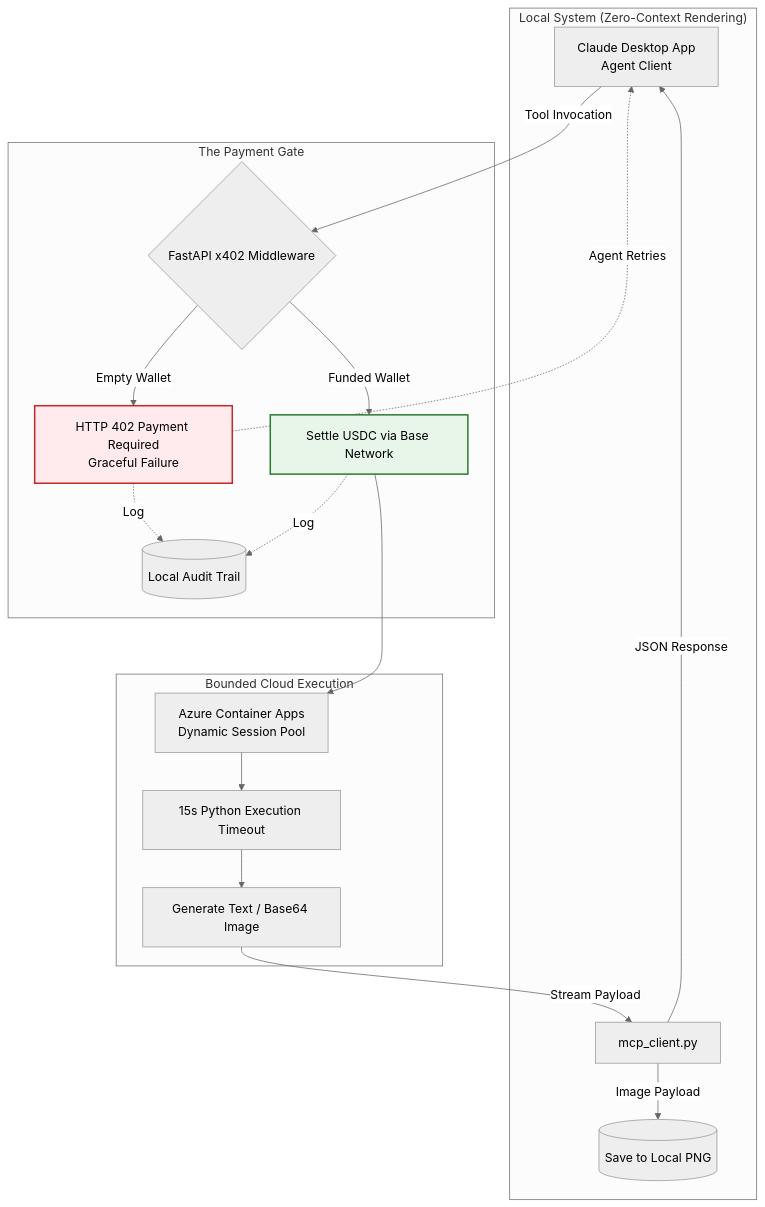
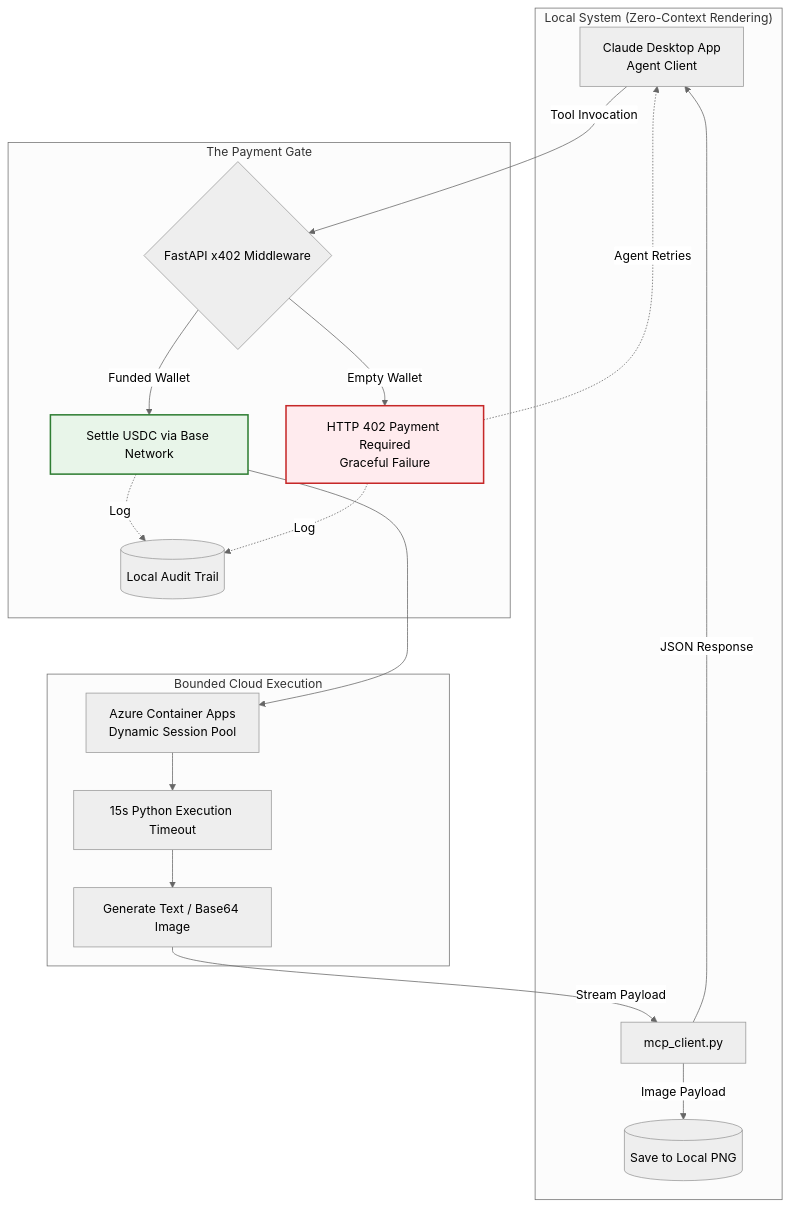
The diagram in README.md (codelad1304/agentic-compute-mcp), drawn with Mermaid (neutral theme) before and after one commit.

````diff
--- a/README.md
+++ b/README.md
@@ -16,34 +16,34 @@
 ```mermaid
 graph TD
     A[Claude Desktop App<br>Agent Client] -->|Tool Invocation| B{FastAPI x402 Middleware}
     
     subgraph Gate ["The Payment Gate"]
+        B -->|Funded Wallet| D[Settle USDC via Base Network]
         B -->|Empty Wallet| C[HTTP 402 Payment Required<br>Graceful Failure]
-        B -->|Funded Wallet| D[Settle USDC via Base Network]
-        C -.->|Log| Z[(Local Audit Trail)]
-        D -.->|Log| Z
+        D -.->|Log| Z[(Local Audit Trail)]
+        C -.->|Log| Z
     end
     
     %% Invisible structural link to force vertical placement
     Z ~~~ E
     
+    D --> E[Azure Container Apps<br>Dynamic Session Pool]
     C -.->|Agent Retries| A
-    D --> E[Azure Container Apps<br>Dynamic Session Pool]
     
     subgraph Cloud ["Bounded Cloud Execution"]
         E --> F[15s Python Execution Timeout]
         F --> G[Generate Text / Base64 Image]
     end
     
     G -->|Stream Payload| H[mcp_client.py]
     
     subgraph Local ["Local System (Zero-Context Rendering)"]
         H -->|JSON Response| A
         H -->|Image Payload| I[(Save to Local PNG)]
     end
     
     classDef gate fill:#ffebee,stroke:#c62828,stroke-width:2px;
     classDef success fill:#e8f5e9,stroke:#2e7d32,stroke-width:2px;
     class C gate;
     class D success;
 ```
````
